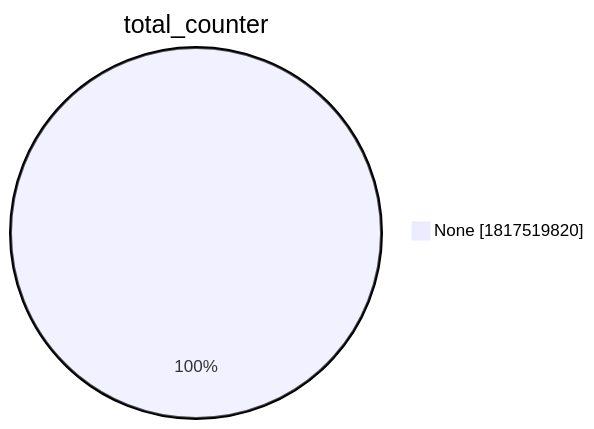
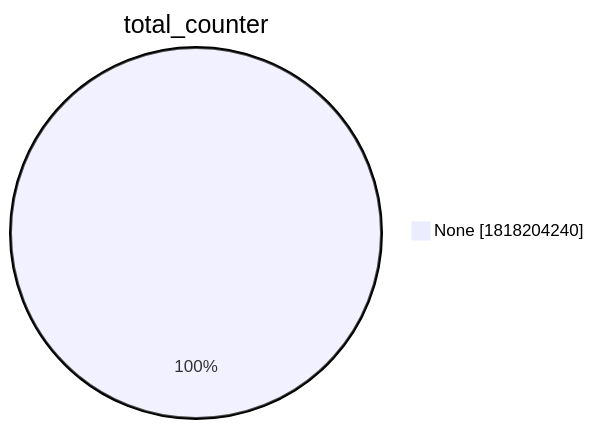
One commit to christiankrug/ctmonitor_visualization changed the second of 15 diagrams in xenon2022/README.md. Above: the diagram before and after it, drawn with Mermaid. The commit also changed other lines of this file, not shown here.

````diff
--- a/xenon2022/README.md
+++ b/xenon2022/README.md
@@ -9,5 +9,5 @@
 ```mermaid
 pie showData
 title total_counter
-"None" :1817519820
+"None" :1818204240
 ```
````
